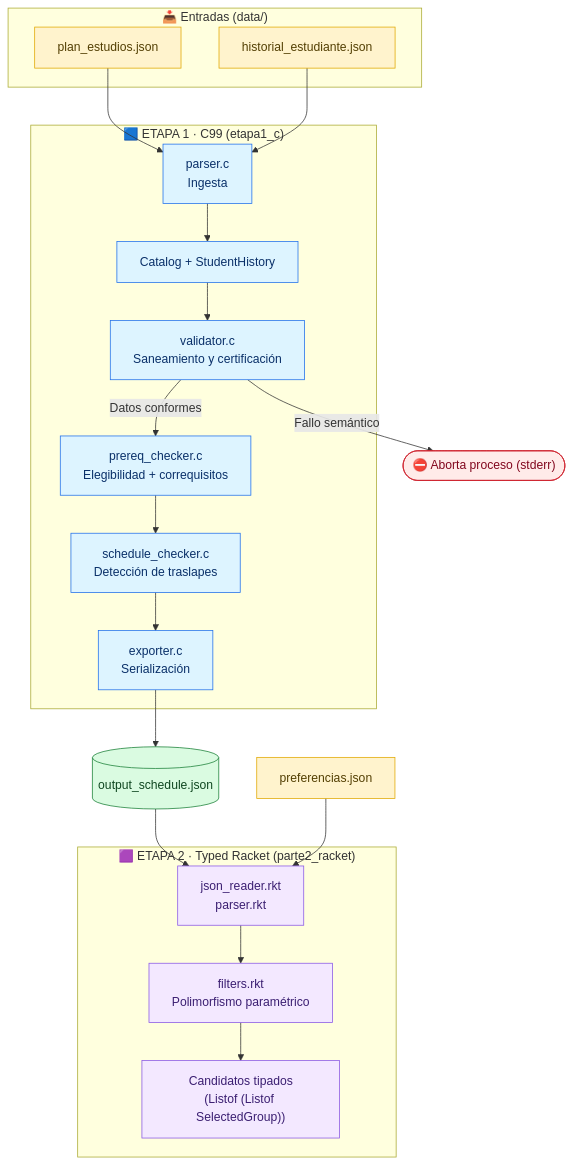
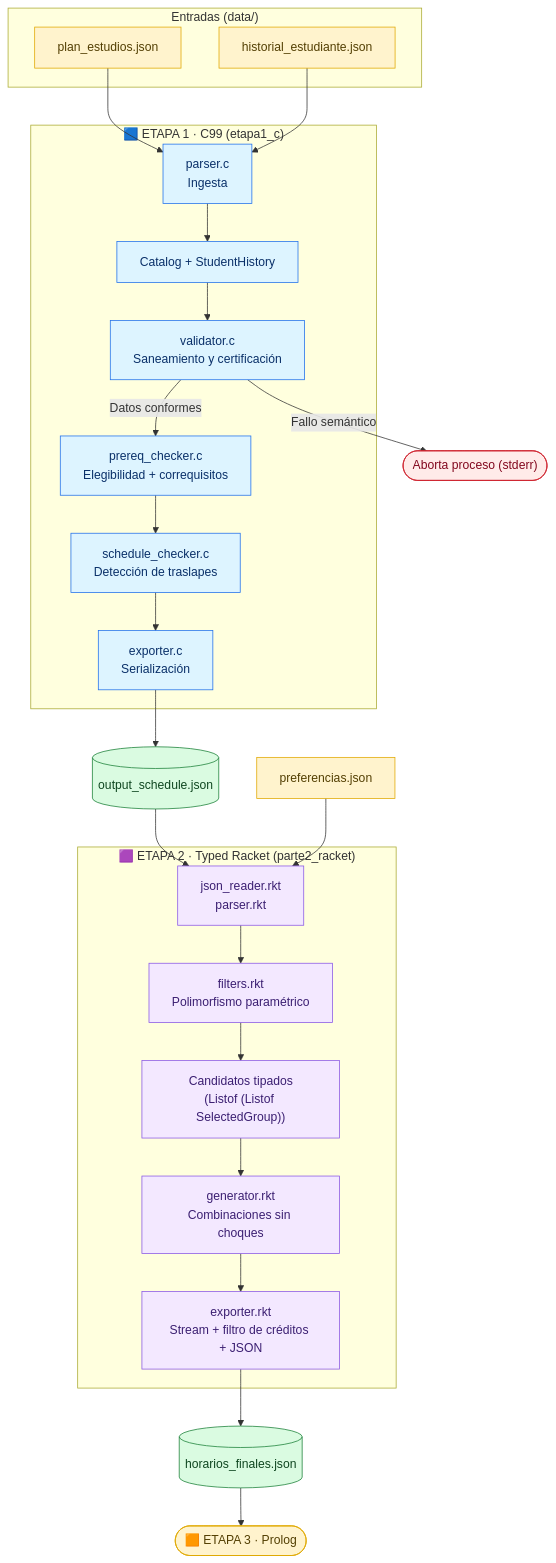
One commit to Gfung12/ProyectoCEmestre changed the diagram in README.md. Above: the diagram before and after it, drawn with Mermaid. The commit also changed other lines of this file and 1 other file, not shown here.

````diff
--- a/README.md
+++ b/README.md
@@ -61,47 +63,51 @@
 ```mermaid
 flowchart TD
-    subgraph IN["📥 Entradas (data/)"]
+    subgraph IN["Entradas (data/)"]
         A1["plan_estudios.json"]
         A2["historial_estudiante.json"]
     end
 
     subgraph C["🟦 ETAPA 1 · C99 (etapa1_c)"]
         B1["parser.c<br/>Ingesta"]
         B2["Catalog + StudentHistory"]
         B3["validator.c<br/>Saneamiento y certificación"]
         B4["prereq_checker.c<br/>Elegibilidad + correquisitos"]
         B5["schedule_checker.c<br/>Detección de traslapes"]
         B6["exporter.c<br/>Serialización"]
     end
 
-    ERR(["⛔ Aborta proceso (stderr)"])
+    ERR(["Aborta proceso (stderr)"])
     OUT[("output_schedule.json")]
+    OUT2[("horarios_finales.json")]
+    NEXT(["🟧 ETAPA 3 · Prolog"])
     PREF["preferencias.json"]
 
     subgraph R["🟪 ETAPA 2 · Typed Racket (parte2_racket)"]
         D1["json_reader.rkt<br/>parser.rkt"]
         D2["filters.rkt<br/>Polimorfismo paramétrico"]
         D3["Candidatos tipados<br/>(Listof (Listof SelectedGroup))"]
+        D4["generator.rkt<br/>Combinaciones sin choques"]
+        D5["exporter.rkt<br/>Stream + filtro de créditos + JSON"]
     end
 
     A1 --> B1
     A2 --> B1
     B1 --> B2 --> B3
     B3 -- "Fallo semántico" --> ERR
     B3 -- "Datos conformes" --> B4 --> B5 --> B6 --> OUT
     OUT --> D1
     PREF --> D1
-    D1 --> D2 --> D3
+    D1 --> D2 --> D3 --> D4 --> D5 --> OUT2 --> NEXT
 
     classDef input fill:#fff3cd,stroke:#e0a800,color:#533f03;
     classDef cstage fill:#ddf4ff,stroke:#1f6feb,color:#0a3069;
     classDef rstage fill:#f3e8ff,stroke:#8957e5,color:#3b1f72;
     classDef error fill:#ffebe9,stroke:#cf222e,color:#82071e;
     classDef output fill:#dafbe1,stroke:#1a7f37,color:#0f4620;
 
-    class A1,A2,PREF input;
+    class A1,A2,PREF,NEXT input;
     class B1,B2,B3,B4,B5,B6 cstage;
-    class D1,D2,D3 rstage;
+    class D1,D2,D3,D4,D5 rstage;
     class ERR error;
-    class OUT output;
+    class OUT,OUT2 output;
 ```
````
